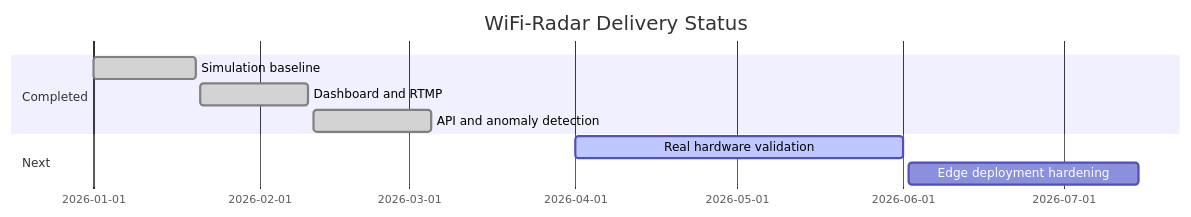
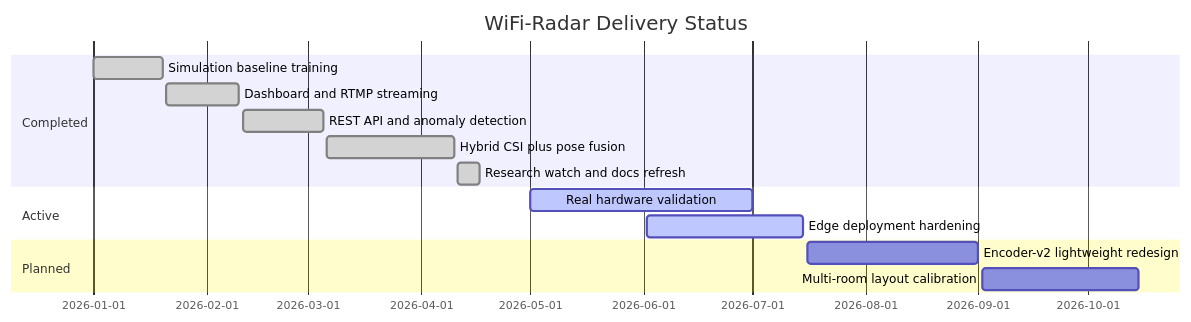
One commit to hkevin01/wifi-radar changed the seventh of 7 diagrams in README.md. Above: the diagram before and after it, drawn with Mermaid. The commit also changed other lines of this file, not shown here.

````diff
--- a/README.md
+++ b/README.md
@@ -735,12 +965,17 @@
 ```mermaid
 gantt
     title WiFi-Radar Delivery Status
     dateFormat  YYYY-MM-DD
     section Completed
-    Simulation baseline           :done, a1, 2026-01-01, 2026-01-20
-    Dashboard and RTMP            :done, a2, 2026-01-21, 2026-02-10
-    API and anomaly detection     :done, a3, 2026-02-11, 2026-03-05
-    section Next
-    Real hardware validation      :active, a4, 2026-04-01, 2026-06-01
-    Edge deployment hardening     :a5, 2026-06-02, 2026-07-15
+    Simulation baseline training     :done, a1, 2026-01-01, 2026-01-20
+    Dashboard and RTMP streaming     :done, a2, 2026-01-21, 2026-02-10
+    REST API and anomaly detection   :done, a3, 2026-02-11, 2026-03-05
+    Hybrid CSI plus pose fusion      :done, a4, 2026-03-06, 2026-04-10
+    Research watch and docs refresh  :done, a5, 2026-04-11, 2026-04-17
+    section Active
+    Real hardware validation         :active, b1, 2026-05-01, 2026-07-01
+    Edge deployment hardening        :active, b2, 2026-06-02, 2026-07-15
+    section Planned
+    Encoder-v2 lightweight redesign  :c1, 2026-07-16, 2026-09-01
+    Multi-room layout calibration    :c2, 2026-09-02, 2026-10-15
 ```
````
